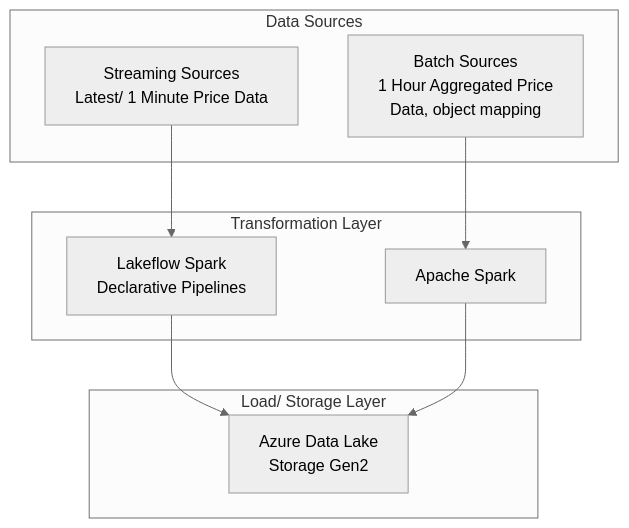
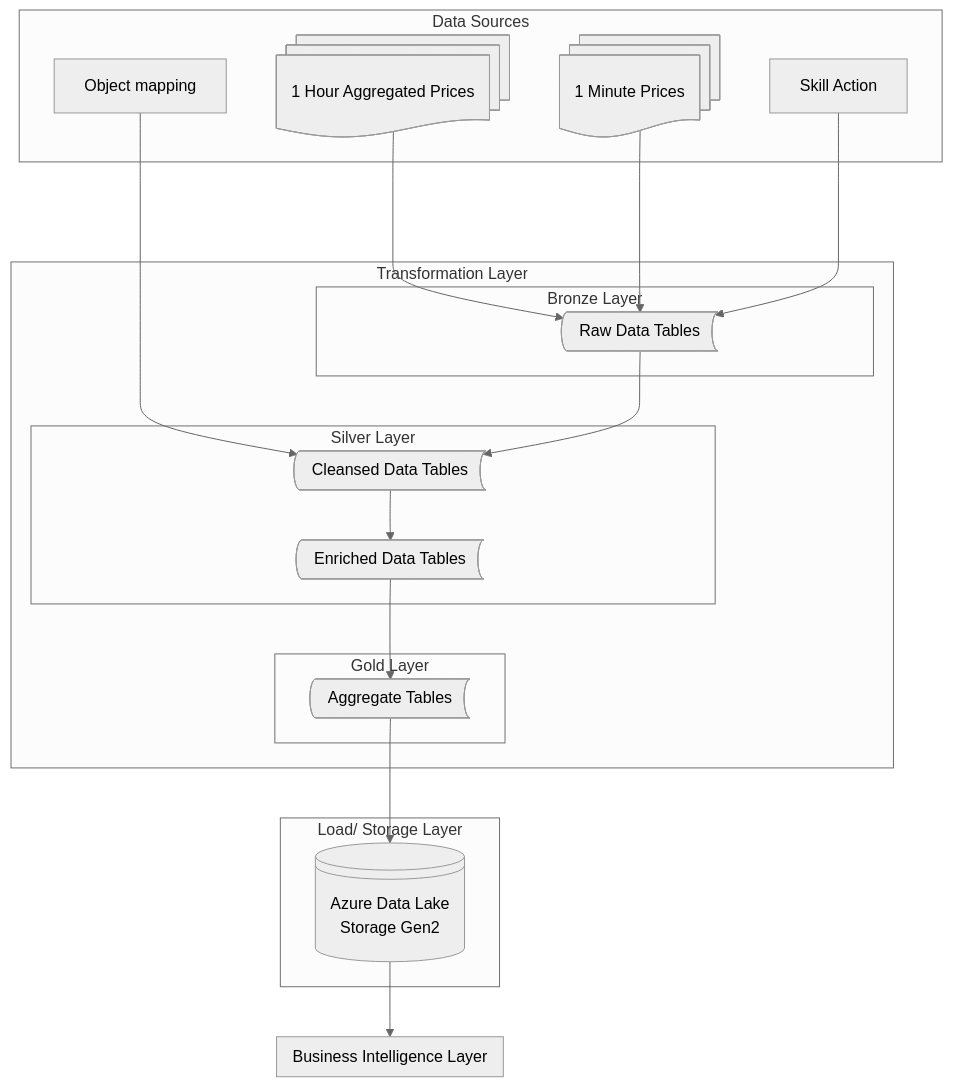
The first of 2 diagrams in README.md (bendeininger1/runescape-prices), drawn with Mermaid (neutral theme) before and after one commit. The commit also changed other lines of this file and 2 other files, not shown here.

Commit message:
readme updates for flow diagram, cicd, Architecture

````diff
--- a/README.md
+++ b/README.md
@@ -20,21 +22,40 @@
 ```mermaid
-graph TB
-    subgraph "Data Sources"
-        BS[Batch Sources<br/>1 Hour Aggregated Price <br/> Data, object mapping]
-        SS[Streaming Sources<br/>Latest/ 1 Minute Price Data ]
+flowchart TB
+    subgraph DS[Data Sources]
+        HP@{shape: docs, label: "1 Hour Aggregated Prices"}
+        MP@{shape: docs, label: "1 Minute Prices"}
+        OB[Object mapping]
+        SK[Skill Action]
     end
 
-    subgraph "Transformation Layer"
-        AS[Apache Spark]
-        SPS[Lakeflow Spark<br/>Declarative Pipelines]
+    subgraph TL[Transformation Layer]
+        subgraph BL[Bronze Layer]
+            RAW@{ shape: bow-rect, label: "Raw Data Tables"}
+        end
+        subgraph SL[Silver Layer]
+            CLN@{ shape: bow-rect, label: "Cleansed Data Tables"}
+            ENR@{ shape: bow-rect, label: "Enriched Data Tables"}
+        end
+        subgraph GL[Gold Layer]
+            AGG@{ shape: bow-rect, label: "Aggregate Tables"}
+        end
     end
 
-    subgraph "Load/ Storage Layer"
-        ADLS[Azure Data Lake<br/>Storage Gen2]
+    subgraph LOAD[Load/ Storage Layer]
+        ADLS@{shape: lin-cyl, label: "Azure Data Lake<br/>Storage Gen2"}
     end
 
-    BS --> AS
-    SS --> SPS
-    SPS --> ADLS
-    AS --> ADLS
+    subgraph BI[Business Intelligence Layer]
+        
+    end
+
+    HP ---> RAW
+    MP --> RAW
+    OB --> CLN
+    SK ---> RAW
+    RAW --> CLN
+    CLN --> ENR
+    ENR --> AGG
+    AGG --> ADLS
+    ADLS --> BI
 ```
````
